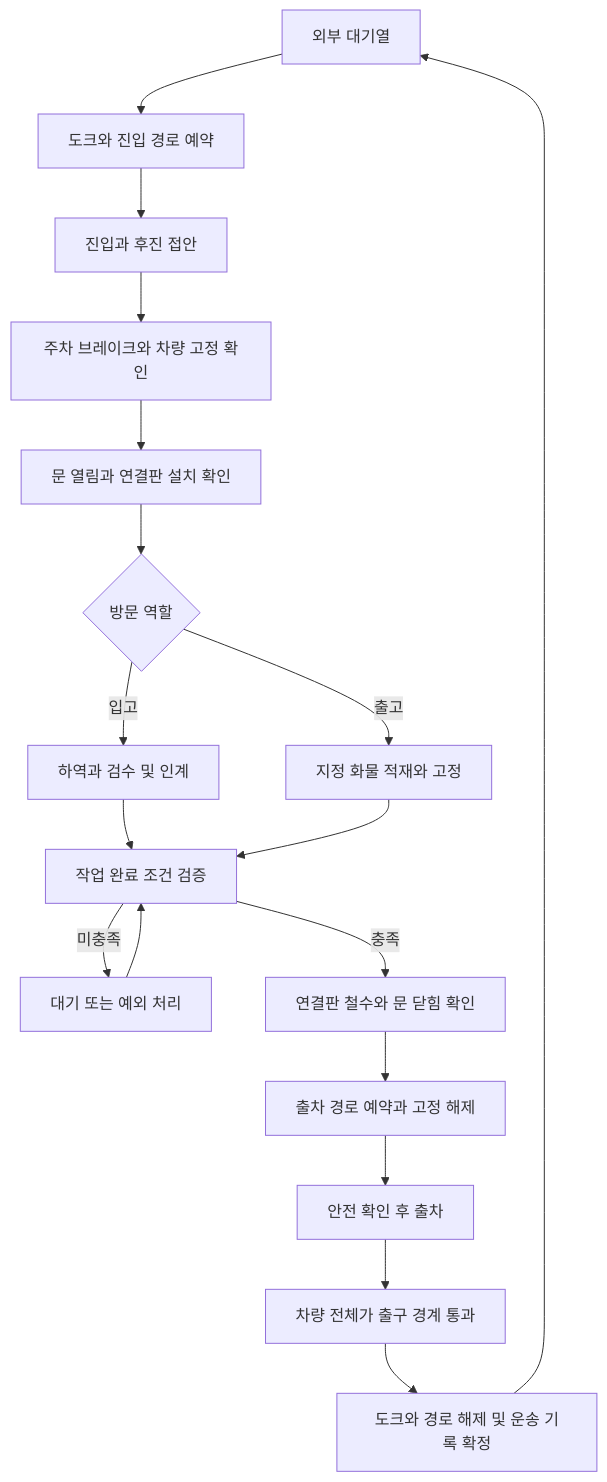
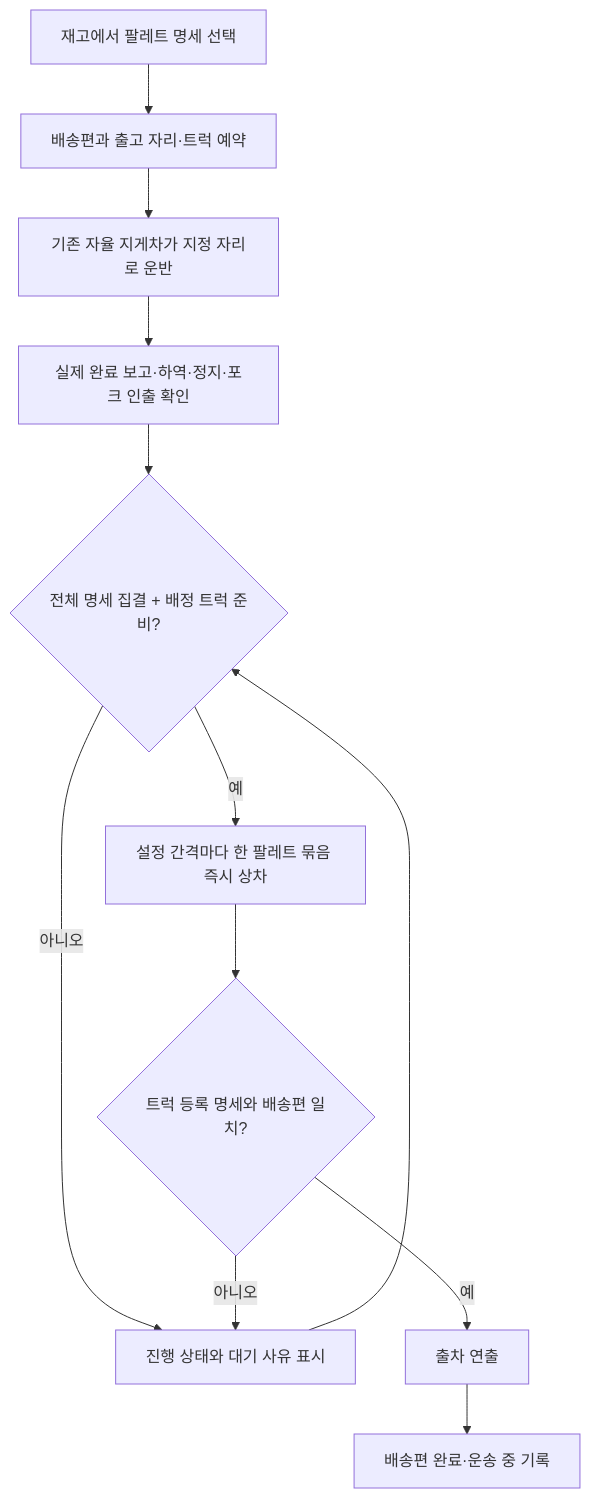
One commit to graybeeer/msc_vr changed the diagram in TRUCK_LOGISTICS_DESIGN.md. Above: the diagram before and after it, drawn with Mermaid. The commit also changed other lines of this file and 93 other files, not shown here.

````diff
--- a/TRUCK_LOGISTICS_DESIGN.md
+++ b/TRUCK_LOGISTICS_DESIGN.md
@@ -30,20 +21,14 @@
 ```mermaid
 flowchart TD
-    A[외부 대기열] --> B[도크와 진입 경로 예약]
-    B --> C[진입과 후진 접안]
-    C --> D[주차 브레이크와 차량 고정 확인]
-    D --> E[문 열림과 연결판 설치 확인]
-    E --> F{방문 역할}
-    F -->|입고| I[하역과 검수 및 인계]
-    F -->|출고| O[지정 화물 적재와 고정]
-    I --> V[작업 완료 조건 검증]
-    O --> V
-    V -->|미충족| H[대기 또는 예외 처리]
-    H --> V
-    V -->|충족| P[연결판 철수와 문 닫힘 확인]
-    P --> R[출차 경로 예약과 고정 해제]
-    R --> S[안전 확인 후 출차]
-    S --> T[차량 전체가 출구 경계 통과]
-    T --> U[도크와 경로 해제 및 운송 기록 확정]
-    U --> A
+    A[재고에서 팔레트 명세 선택] --> B[배송편과 출고 자리·트럭 예약]
+    B --> C[기존 자율 지게차가 지정 자리로 운반]
+    C --> D[실제 완료 보고·하역·정지·포크 인출 확인]
+    D --> E{전체 명세 집결 + 배정 트럭 준비?}
+    E -->|아니오| W[진행 상태와 대기 사유 표시]
+    W --> E
+    E -->|예| F[설정 간격마다 한 팔레트 묶음 즉시 상차]
+    F --> G{트럭 등록 명세와 배송편 일치?}
+    G -->|아니오| W
+    G -->|예| H[출차 연출]
+    H --> I[배송편 완료·운송 중 기록]
 ```
````
